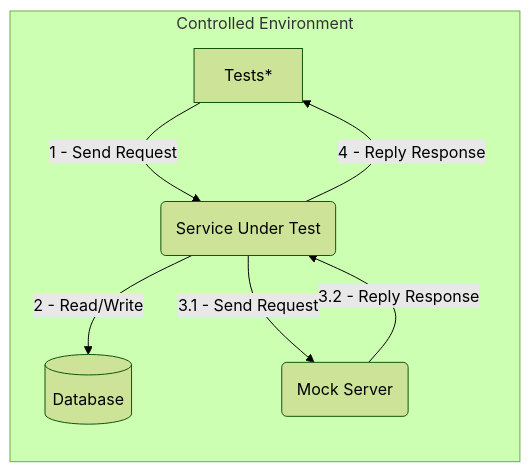
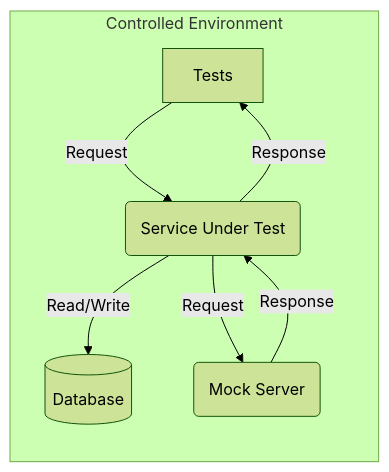
Before and after one commit to pactumjs/pactum-slides: the diagram in pages/component-testing/intro.md, drawn with Mermaid (forest theme). The commit also changed 25 other files, not shown here.

````diff
--- a/pages/component-testing/intro.md
+++ b/pages/component-testing/intro.md
@@ -7,15 +7,15 @@
 ```mermaid
 graph LR;
     subgraph Controlled Environment
-    t[Tests*]
+    t[Tests]
     sut(Service Under Test)
     ms(Mock Server)
     db[(Database)]
 
-    t-- 1 - Send Request -->sut
-    sut-- 2 - Read/Write -->db
-    sut-- 3.1 - Send Request -->ms
-    ms-- 3.2 - Reply Response -->sut
-    sut-- 4 - Reply Response -->t
+    t-- Request -->sut
+    sut-- Read/Write -->db
+    sut-- Request -->ms
+    ms-- Response -->sut
+    sut-- Response -->t
     end
 ```
````
